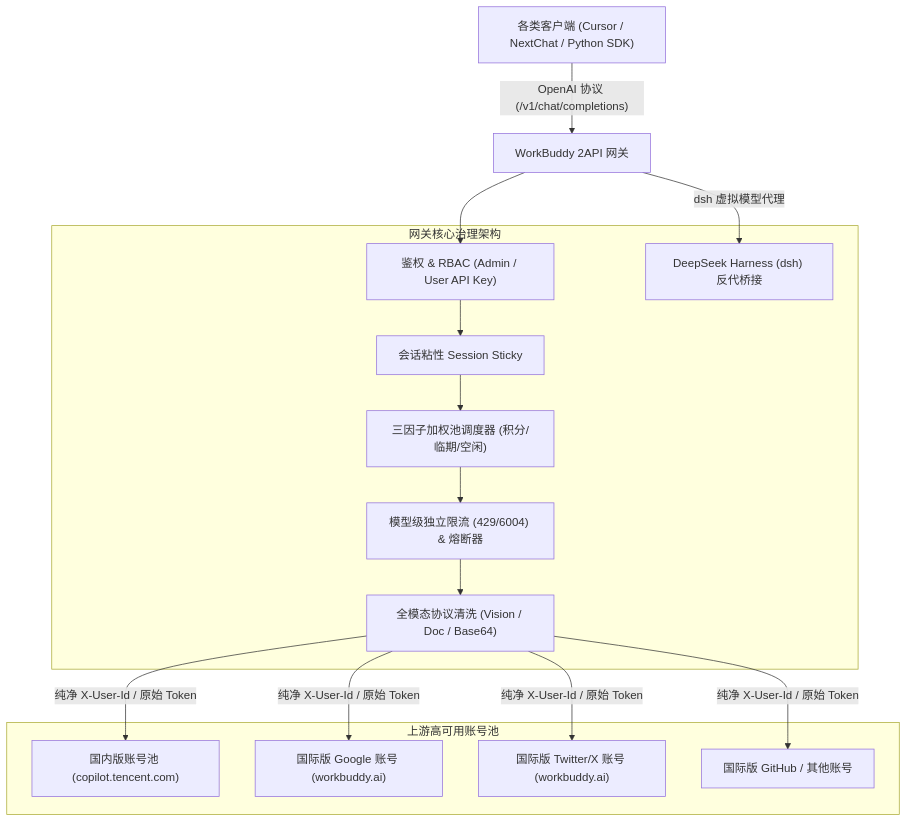
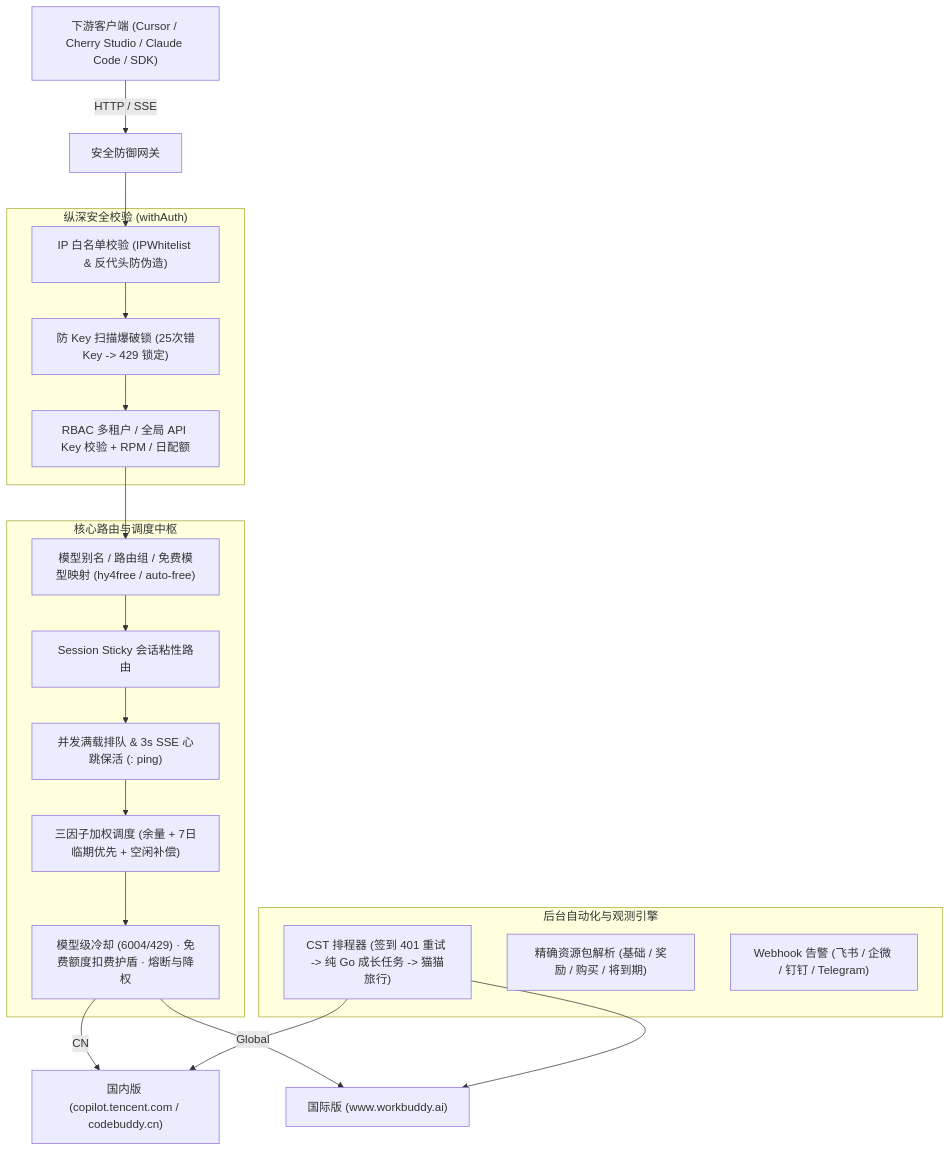
The diagram in DOCUMENTATION.md (XCool-603/wrokbuddy2api), drawn with Mermaid before and after one commit. The commit also changed other lines of this file and 2 other files, not shown here.

````diff
--- a/DOCUMENTATION.md
+++ b/DOCUMENTATION.md
@@ -89,33 +67,33 @@
 ```mermaid
 flowchart TD
-    Client["各类客户端 (Cursor / NextChat / Python SDK)"] -->|"OpenAI 协议 (/v1/chat/completions)"| Gateway["WorkBuddy 2API 网关"]
-    
-    subgraph GatewayCore ["网关核心治理架构"]
-        Auth["鉴权 & RBAC (Admin / User API Key)"]
-        Sticky["会话粘性 Session Sticky"]
-        Scheduler["三因子加权池调度器 (积分/临期/空闲)"]
-        CircuitBreaker["模型级独立限流 (429/6004) & 熔断器"]
-        MultiModal["全模态协议清洗 (Vision / Doc / Base64)"]
-        AgentBridge["DeepSeek Harness (dsh) 反代桥接"]
+    Client["下游客户端 (Cursor / Cherry Studio / Claude Code / SDK)"] -->|HTTP / SSE| SecurityGate["安全防御网关"]
+
+    subgraph SecurityLayer ["纵深安全校验 (withAuth)"]
+        IPWL["IP 白名单校验 (IPWhitelist & 反代头防伪造)"]
+        ScanGuard["防 Key 扫描爆破锁 (25次错Key -> 429 锁定)"]
+        KeyAuth["RBAC 多租户 / 全局 API Key 校验 + RPM / 日配额"]
     end
-    
-    Gateway --> Auth
-    Auth --> Sticky
-    Sticky --> Scheduler
-    Scheduler --> CircuitBreaker
-    CircuitBreaker --> MultiModal
-    
-    subgraph UpstreamPool ["上游高可用账号池"]
-        CN["国内版账号池 (copilot.tencent.com)"]
-        GlobalGoogle["国际版 Google 账号 (workbuddy.ai)"]
-        GlobalTwitter["国际版 Twitter/X 账号 (workbuddy.ai)"]
-        GlobalGithub["国际版 GitHub / 其他账号"]
+
+    SecurityGate --> IPWL --> ScanGuard --> KeyAuth
+
+    subgraph GatewayCore ["核心路由与调度中枢"]
+        AliasRouter["模型别名 / 路由组 / 免费模型映射 (hy4free / auto-free)"]
+        Sticky["Session Sticky 会话粘性路由"]
+        Queue["并发满载排队 & 3s SSE 心跳保活 (: ping)"]
+        Picker["三因子加权调度 (余量 + 7日临期优先 + 空闲补偿)"]
+        Breaker["模型级冷却 (6004/429) · 免费额度扣费护盾 · 熔断与降权"]
     end
-    
-    MultiModal -->|"纯净 X-User-Id / 原始 Token"| CN
-    MultiModal -->|"纯净 X-User-Id / 原始 Token"| GlobalGoogle
-    MultiModal -->|"纯净 X-User-Id / 原始 Token"| GlobalTwitter
-    MultiModal -->|"纯净 X-User-Id / 原始 Token"| GlobalGithub
-    
-    Gateway -->|"dsh 虚拟模型代理"| AgentBridge
+
+    KeyAuth --> AliasRouter --> Sticky --> Queue --> Picker --> Breaker
+
+    subgraph Automation ["后台自动化与观测引擎"]
+        Scheduler["CST 排程器 (签到 401 重试 -> 纯 Go 成长任务 -> 猫猫旅行)"]
+        CreditSync["精确资源包解析 (基础 / 奖励 / 购买 / 将到期)"]
+        AlertMgr["Webhook 告警 (飞书 / 企微 / 钉钉 / Telegram)"]
+    end
+
+    Breaker -->|CN| UpstreamCN["国内版 (copilot.tencent.com / codebuddy.cn)"]
+    Breaker -->|Global| UpstreamGlobal["国际版 (www.workbuddy.ai)"]
+    Scheduler --> UpstreamCN
+    Scheduler --> UpstreamGlobal
 ```
````
